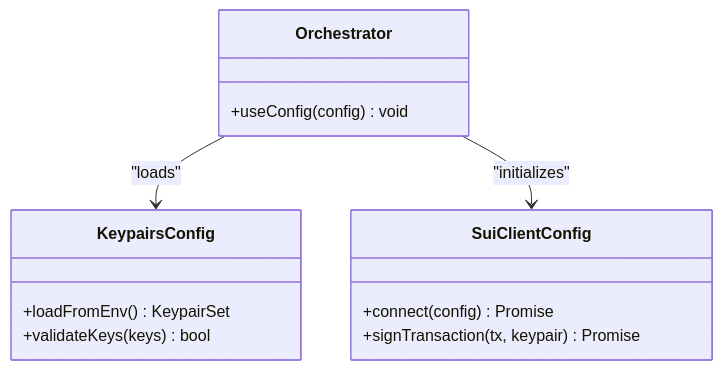
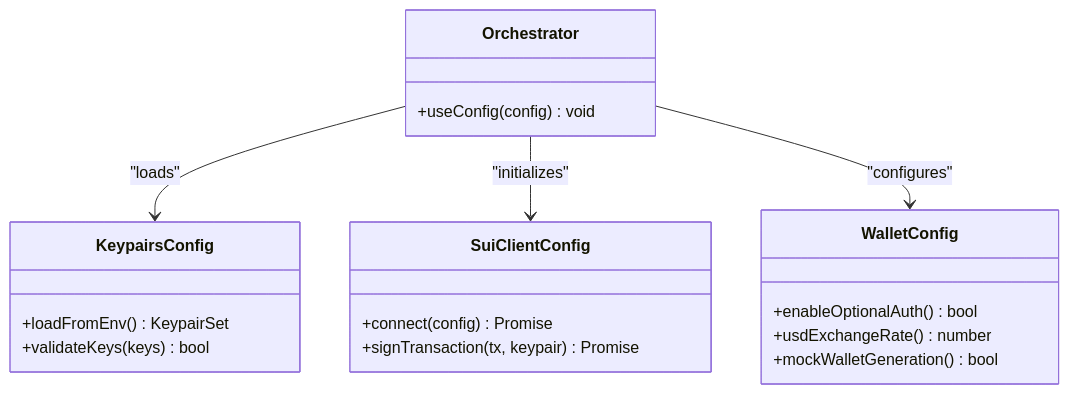
One commit to hieudepoet/Insurix changed the eighth of 9 diagrams in .qoder/repowiki/en/content/Architecture Overview/Backend Services Architecture.md. Above: the diagram before and after it, drawn with Mermaid. The commit also changed other lines of this file and 63 other files, not shown here.

````diff
--- a/.qoder/repowiki/en/content/Architecture Overview/Backend Services Architecture.md
+++ b/.qoder/repowiki/en/content/Architecture Overview/Backend Services Architecture.md
@@ -295,16 +308,22 @@
 ```mermaid
 classDiagram
 class KeypairsConfig {
 +loadFromEnv() KeypairSet
 +validateKeys(keys) bool
 }
 class SuiClientConfig {
 +connect(config) Promise
 +signTransaction(tx, keypair) Promise
 }
+class WalletConfig {
++enableOptionalAuth() bool
++usdExchangeRate() number
++mockWalletGeneration() bool
+}
 class Orchestrator {
 +useConfig(config) void
 }
 Orchestrator --> KeypairsConfig : "loads"
 Orchestrator --> SuiClientConfig : "initializes"
+Orchestrator --> WalletConfig : "configures"
 ```
````
